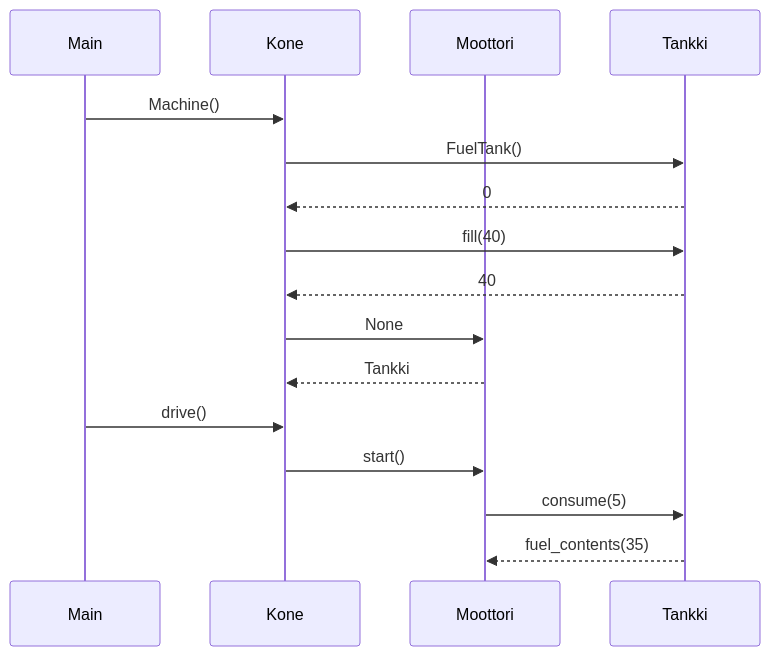
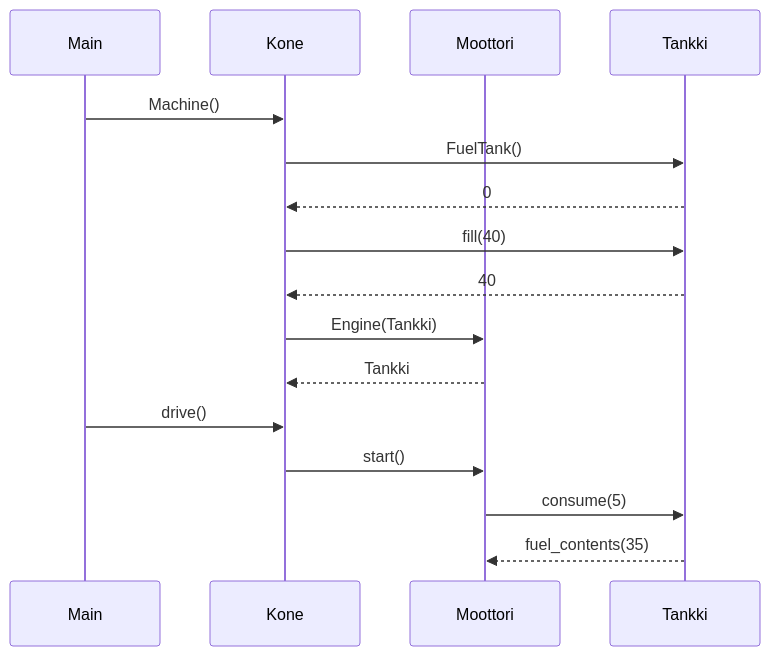
Before and after one commit to nie-ed/ot-harjoitustyo: the diagram in laskarit/viikko3/sekvenssikaavio.md, drawn with Mermaid.

````diff
--- a/laskarit/viikko3/sekvenssikaavio.md
+++ b/laskarit/viikko3/sekvenssikaavio.md
@@ -1,18 +1,18 @@
 ```mermaid
 sequenceDiagram
   participant Main
   participant Kone
   participant Moottori
   participant Tankki
   Main->>Kone: Machine()
   Kone->>Tankki: FuelTank()
   Tankki-->>Kone: 0
   Kone->>Tankki: fill(40)
   Tankki-->>Kone: 40
-  Kone->>Moottori: None
+  Kone->>Moottori: Engine(Tankki)
   Moottori-->>Kone: Tankki
   Main->>Kone: drive()
   Kone->>Moottori: start()
   Moottori->>Tankki: consume(5)
   Tankki-->>Moottori: fuel_contents(35)
 ```
````
